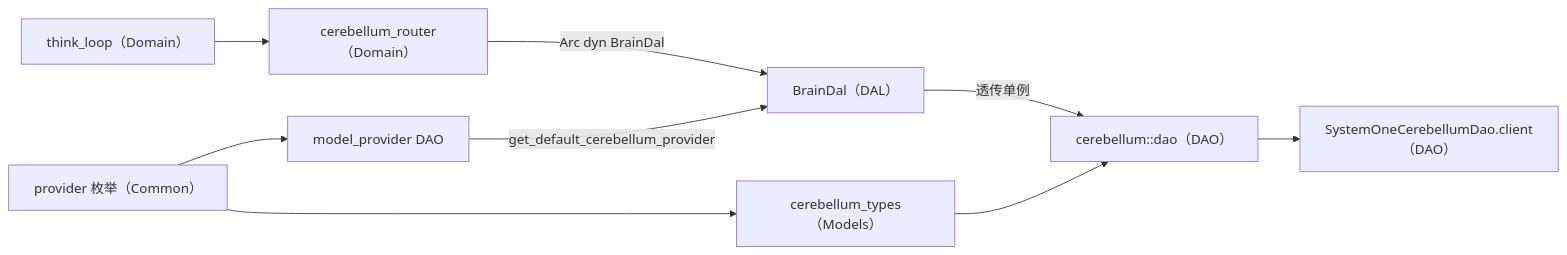
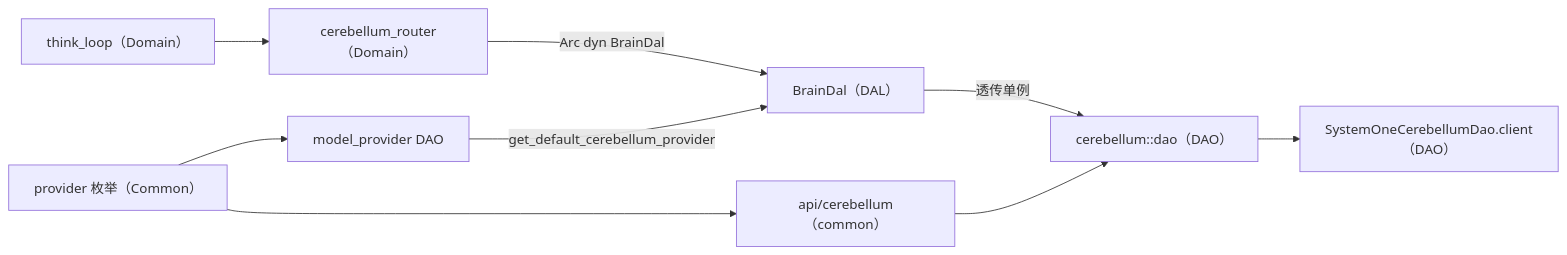
One commit to runningcoders/ai_orz changed the fourth of 6 diagrams in docs/modules/02-Agent运行时/C-知识/小脑快判断（System One）.md. Above: the diagram before and after it, drawn with Mermaid. The commit also changed other lines of this file and 32 other files, not shown here.

````diff
--- a/docs/modules/02-Agent运行时/C-知识/小脑快判断（System One）.md
+++ b/docs/modules/02-Agent运行时/C-知识/小脑快判断（System One）.md
@@ -222,11 +234,11 @@
 ```mermaid
 graph LR
 TL["think_loop（Domain）"] --> CR["cerebellum_router（Domain）"]
 CR -->|Arc dyn BrainDal| BD["BrainDal（DAL）"]
 BD -->|透传单例| CD["cerebellum::dao（DAO）"]
 CD --> CC["SystemOneCerebellumDao.client（DAO）"]
 MP["model_provider DAO"] -->|get_default_cerebellum_provider| BD
-CT["cerebellum_types（Models）"] --> CD
+CT["api/cerebellum（common）"] --> CD
 EN["provider 枚举（Common）"] --> MP
 EN --> CT
 ```
````
